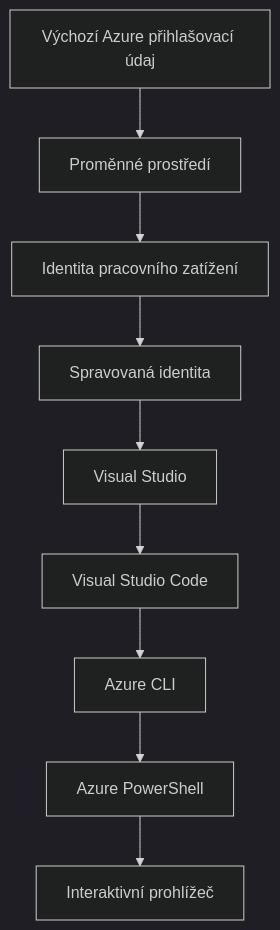
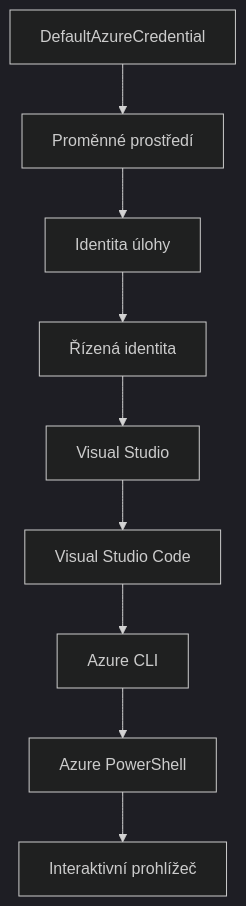
The second of 2 diagrams in translations/cs/docs/chapter-01-foundation/azd-basics.md (microsoft/AZD-for-beginners), drawn with Mermaid (dark theme) before and after one commit. The commit also changed other lines of this file and 101 other files, not shown here.

````diff
--- a/translations/cs/docs/chapter-01-foundation/azd-basics.md
+++ b/translations/cs/docs/chapter-01-foundation/azd-basics.md
@@ -591,11 +591,11 @@
 ```mermaid
 graph TD
-    A[Výchozí Azure přihlašovací údaj] --> B[Proměnné prostředí]
-    B --> C[Identita pracovního zatížení]
-    C --> D[Spravovaná identita]
+    A[DefaultAzureCredential] --> B[Proměnné prostředí]
+    B --> C[Identita úlohy]
+    C --> D[Řízená identita]
     D --> E[Visual Studio]
     E --> F[Visual Studio Code]
     F --> G[Azure CLI]
     G --> H[Azure PowerShell]
     H --> I[Interaktivní prohlížeč]
 ```
````
